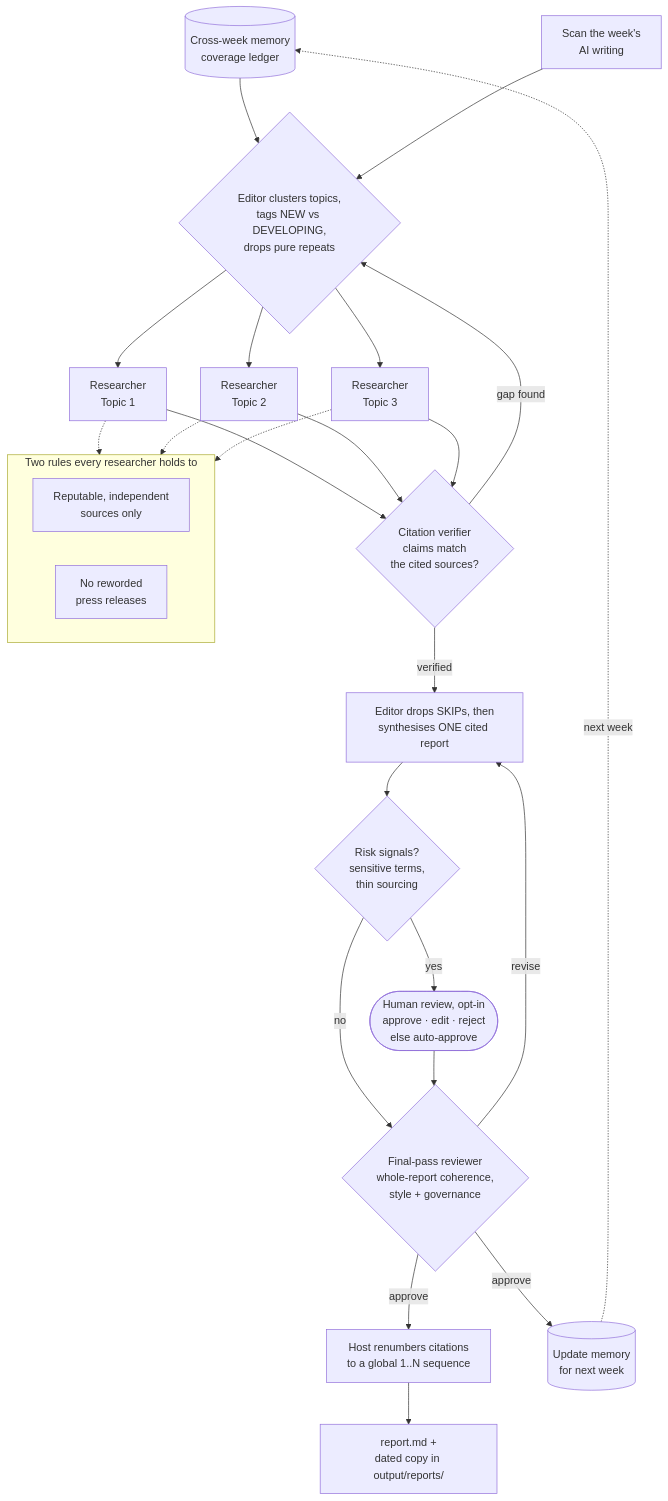
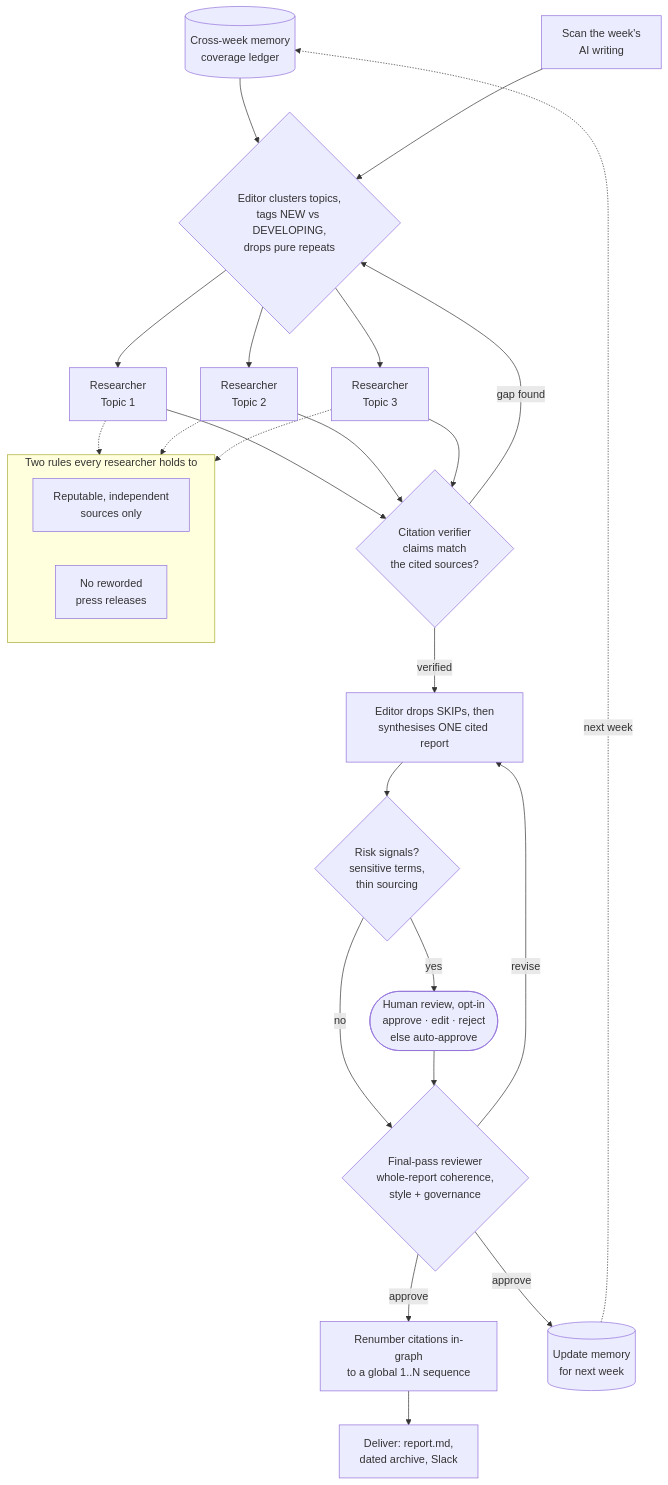
One commit to joel-langchain/throughline changed the diagram in README.md. Above: the diagram before and after it, drawn with Mermaid. The commit also changed other lines of this file, not shown here.

````diff
--- a/README.md
+++ b/README.md
@@ -17,30 +34,30 @@
 ```mermaid
 flowchart TD
     MEM[(Cross-week memory<br/>coverage ledger)] --> B
     A[Scan the week's<br/>AI writing] --> B{Editor clusters topics,<br/>tags NEW vs DEVELOPING,<br/>drops pure repeats}
     B --> R1[Researcher<br/>Topic 1]
     B --> R2[Researcher<br/>Topic 2]
     B --> R3[Researcher<br/>Topic 3]
     subgraph G [Two rules every researcher holds to]
         direction LR
         Q1[Reputable, independent<br/>sources only]
         Q2[No reworded<br/>press releases]
     end
     R1 -.-> G
     R2 -.-> G
     R3 -.-> G
     R1 --> V{Citation verifier<br/>claims match<br/>the cited sources?}
     R2 --> V
     R3 --> V
     V -->|gap found| B
     V -->|verified| S[Editor drops SKIPs, then<br/>synthesises ONE cited report]
     S --> HITL{Risk signals?<br/>sensitive terms,<br/>thin sourcing}
     HITL -->|yes| HR([Human review, opt-in<br/>approve · edit · reject<br/>else auto-approve])
     HITL -->|no| FP
     HR --> FP{Final-pass reviewer<br/>whole-report coherence,<br/>style + governance}
     FP -->|revise| S
-    FP -->|approve| RN[Host renumbers citations<br/>to a global 1..N sequence]
+    FP -->|approve| RN[Renumber citations in-graph<br/>to a global 1..N sequence]
     FP -->|approve| U[(Update memory<br/>for next week)]
-    RN --> O[report.md +<br/>dated copy in output/reports/]
+    RN --> D[Deliver: report.md,<br/>dated archive, Slack]
     U -.->|next week| MEM
 ```
````
